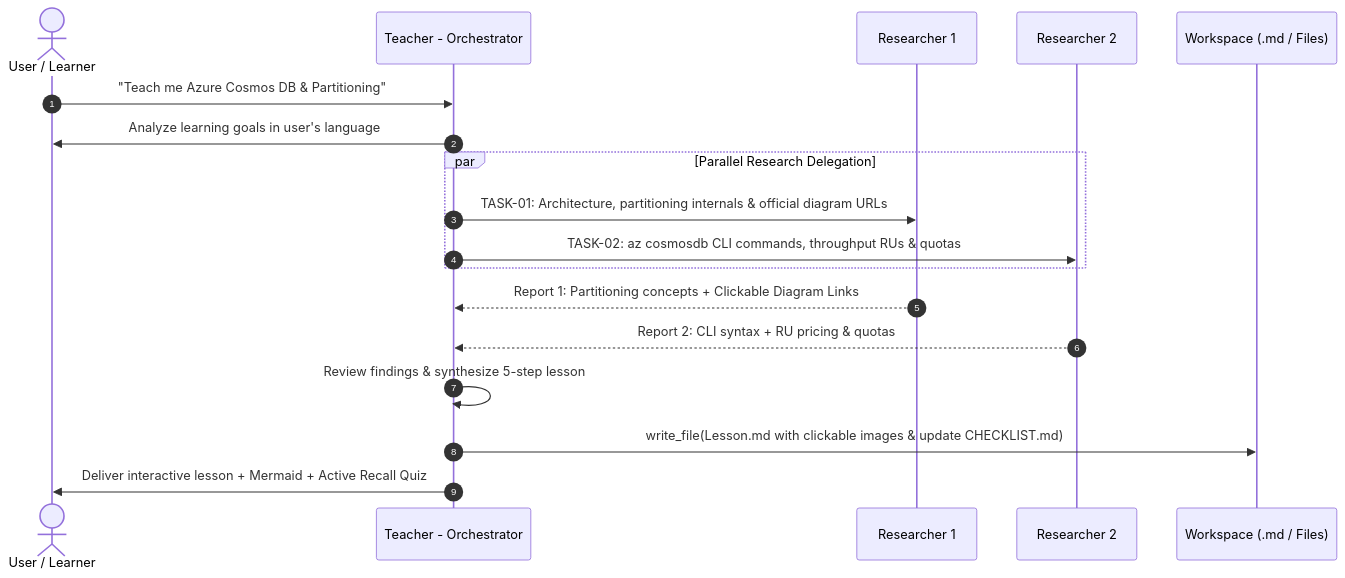
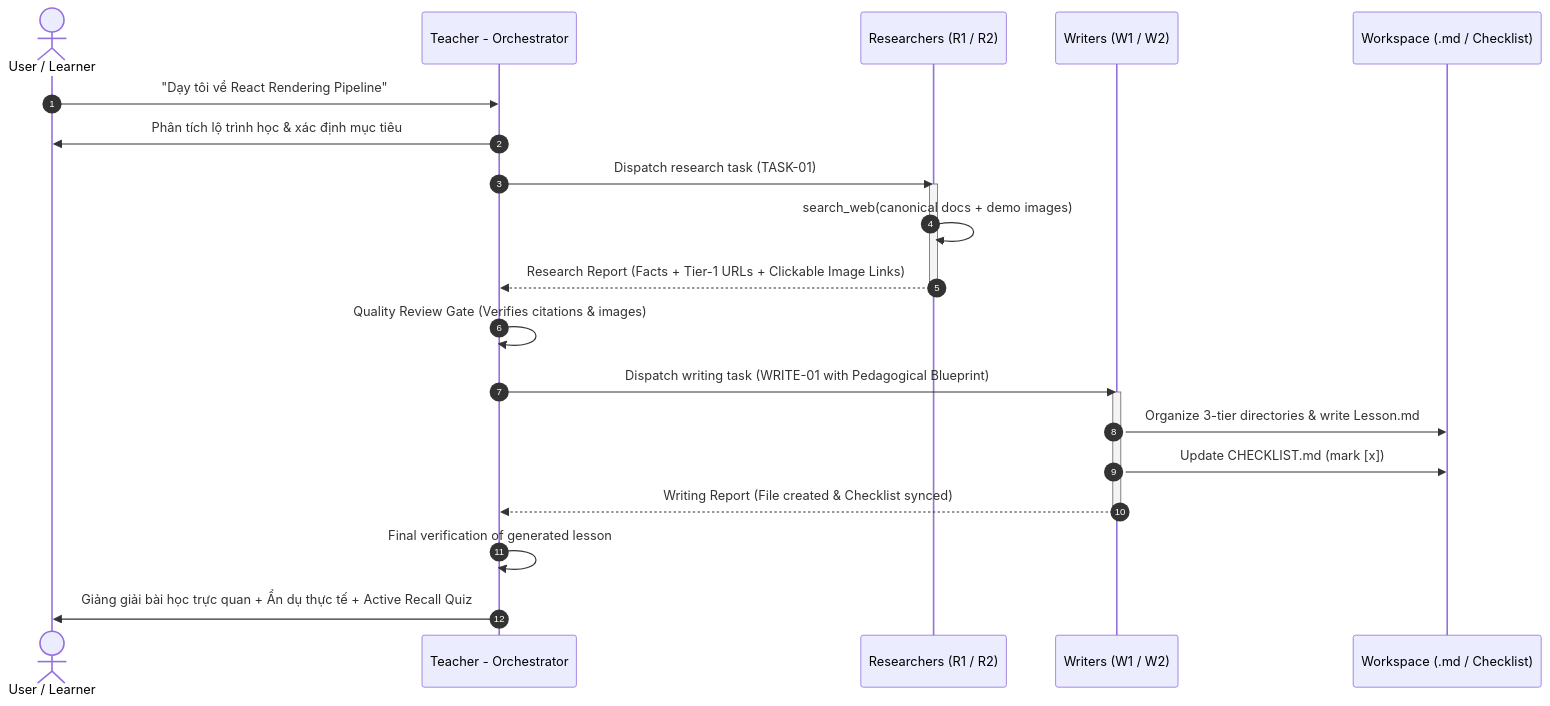
The diagram in .agents/agents/teacher-orchestrator.md (HelloMinh2122005/SelfLearn), drawn with Mermaid before and after one commit. The commit also changed other lines of this file and 5 other files, not shown here.

````diff
--- a/.agents/agents/teacher-orchestrator.md
+++ b/.agents/agents/teacher-orchestrator.md
@@ -99,21 +120,26 @@
 ```mermaid
 sequenceDiagram
     autonumber
     actor Learner as User / Learner
     participant Teacher as Teacher - Orchestrator
-    participant R1 as Researcher 1
-    participant R2 as Researcher 2
-    participant FS as Workspace (.md / Files)
+    participant R as Researchers (R1 / R2)
+    participant W as Writers (W1 / W2)
+    participant FS as Workspace (.md / Checklist)
 
-    Learner->>Teacher: "Teach me Azure Cosmos DB & Partitioning"
-    Teacher->>Learner: Analyze learning goals in user's language
-    par Parallel Research Delegation
-        Teacher->>R1: TASK-01: Architecture, partitioning internals & official diagram URLs
-        Teacher->>R2: TASK-02: az cosmosdb CLI commands, throughput RUs & quotas
-    end
-    R1-->>Teacher: Report 1: Partitioning concepts + Clickable Diagram Links
-    R2-->>Teacher: Report 2: CLI syntax + RU pricing & quotas
-    Teacher->>Teacher: Review findings & synthesize 5-step lesson
-    Teacher->>FS: write_file(Lesson.md with clickable images & update CHECKLIST.md)
-    Teacher->>Learner: Deliver interactive lesson + Mermaid + Active Recall Quiz
+    Learner->>Teacher: "Dạy tôi về React Rendering Pipeline"
+    Teacher->>Learner: Phân tích lộ trình học & xác định mục tiêu
+    Teacher->>R: Dispatch research task (TASK-01)
+    activate R
+    R->>R: search_web(canonical docs + demo images)
+    R-->>Teacher: Research Report (Facts + Tier-1 URLs + Clickable Image Links)
+    deactivate R
+    Teacher->>Teacher: Quality Review Gate (Verifies citations & images)
+    Teacher->>W: Dispatch writing task (WRITE-01 with Pedagogical Blueprint)
+    activate W
+    W->>FS: Organize 3-tier directories & write Lesson.md
+    W->>FS: Update CHECKLIST.md (mark [x])
+    W-->>Teacher: Writing Report (File created & Checklist synced)
+    deactivate W
+    Teacher->>Teacher: Final verification of generated lesson
+    Teacher->>Learner: Giảng giải bài học trực quan + Ẩn dụ thực tế + Active Recall Quiz
 ```
````
